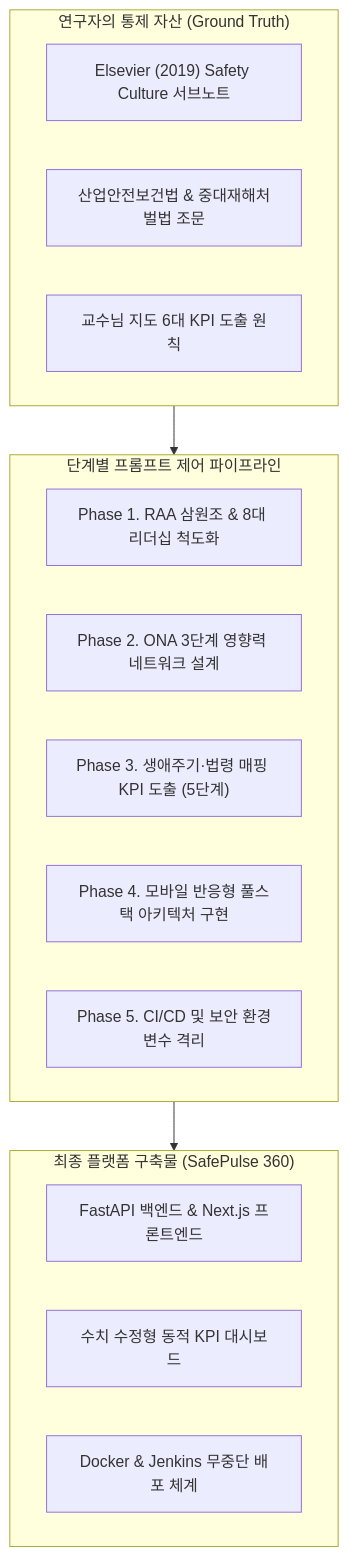
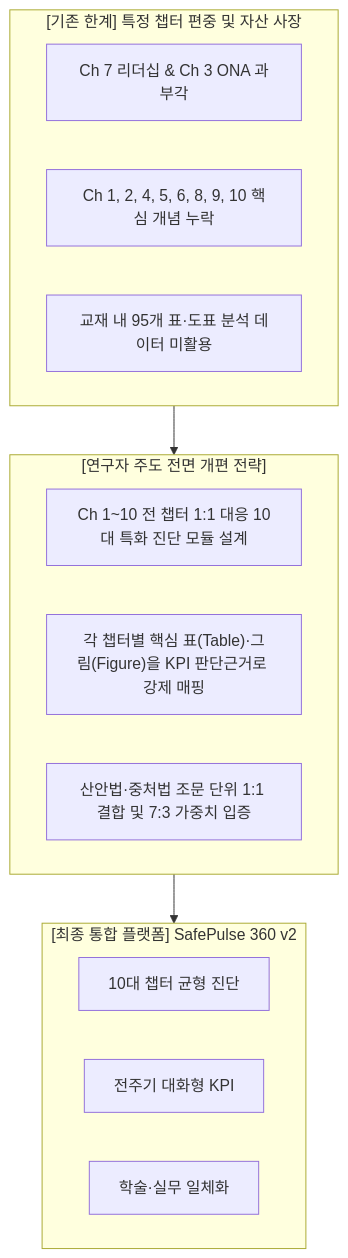
The first of 3 diagrams in PROMPT_ENGINEERING_REPORT.md (skang88/safety-culture), drawn with Mermaid before and after one commit. The commit also changed other lines of this file and 10 other files, not shown here.

First line of the commit message:
feat: Elsevier(2019) 1~10장 전 챕터 이론·도표 융합 플랫폼 전면 업데이트 및 통합 워드본 반영

````diff
--- a/PROMPT_ENGINEERING_REPORT.md
+++ b/PROMPT_ENGINEERING_REPORT.md
@@ -13,24 +25,22 @@
 ```mermaid
 flowchart TD
-    subgraph INPUT["연구자의 통제 자산 (Ground Truth)"]
-        A1["Elsevier (2019) Safety Culture 서브노트"]
-        A2["산업안전보건법 & 중대재해처벌법 조문"]
-        A3["교수님 지도 6대 KPI 도출 원칙"]
+    subgraph PROBLEM["[기존 한계] 특정 챕터 편중 및 자산 사장"]
+        P1["Ch 7 리더십 & Ch 3 ONA 과부각"]
+        P2["Ch 1, 2, 4, 5, 6, 8, 9, 10 핵심 개념 누락"]
+        P3["교재 내 95개 표·도표 분석 데이터 미활용"]
     end
 
-    subgraph PROMPT["단계별 프롬프트 제어 파이프라인"]
-        P1["Phase 1. RAA 삼원조 & 8대 리더십 척도화"]
-        P2["Phase 2. ONA 3단계 영향력 네트워크 설계"]
-        P3["Phase 3. 생애주기·법령 매핑 KPI 도출 (5단계)"]
-        P4["Phase 4. 모바일 반응형 풀스택 아키텍처 구현"]
-        P5["Phase 5. CI/CD 및 보안 환경변수 격리"]
+    subgraph SOLUTION["[연구자 주도 전면 개편 전략]"]
+        S1["Ch 1~10 전 챕터 1:1 대응 10대 특화 진단 모듈 설계"]
+        S2["각 챕터별 핵심 표(Table)·그림(Figure)을 KPI 판단근거로 강제 매핑"]
+        S3["산안법·중처법 조문 단위 1:1 결합 및 7:3 가중치 입증"]
     end
 
-    subgraph OUTPUT["최종 플랫폼 구축물 (SafePulse 360)"]
-        O1["FastAPI 백엔드 & Next.js 프론트엔드"]
-        O2["수치 수정형 동적 KPI 대시보드"]
-        O3["Docker & Jenkins 무중단 배포 체계"]
+    subgraph PLATFORM["[최종 통합 플랫폼] SafePulse 360 v2"]
+        M1["10대 챕터 균형 진단"]
+        M2["전주기 대화형 KPI"]
+        M3["학술·실무 일체화"]
     end
 
-    INPUT --> PROMPT --> OUTPUT
+    PROBLEM --> SOLUTION --> PLATFORM
 ```
````
